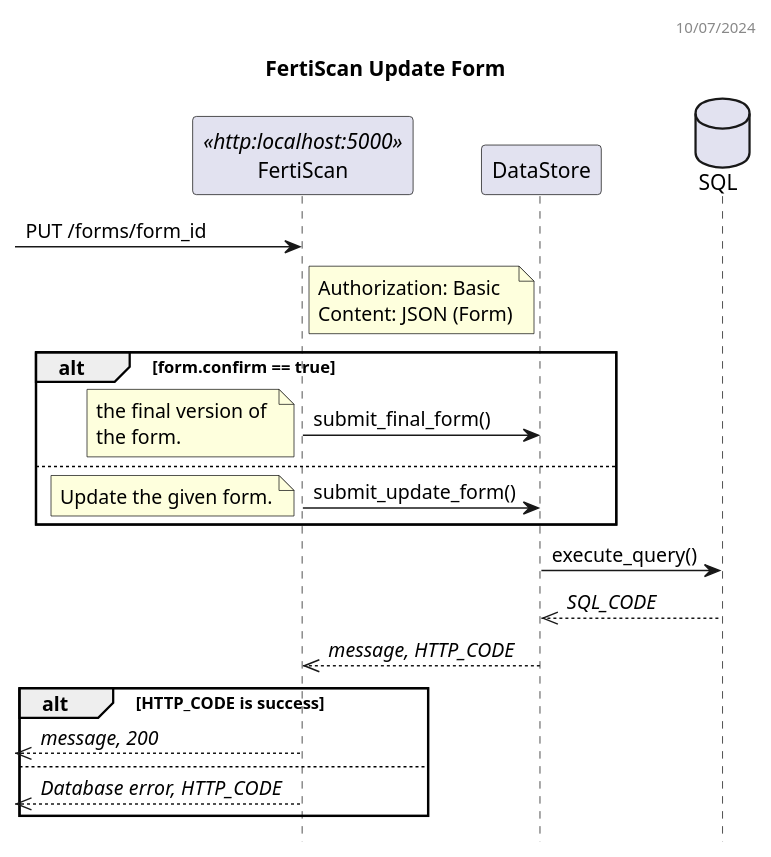
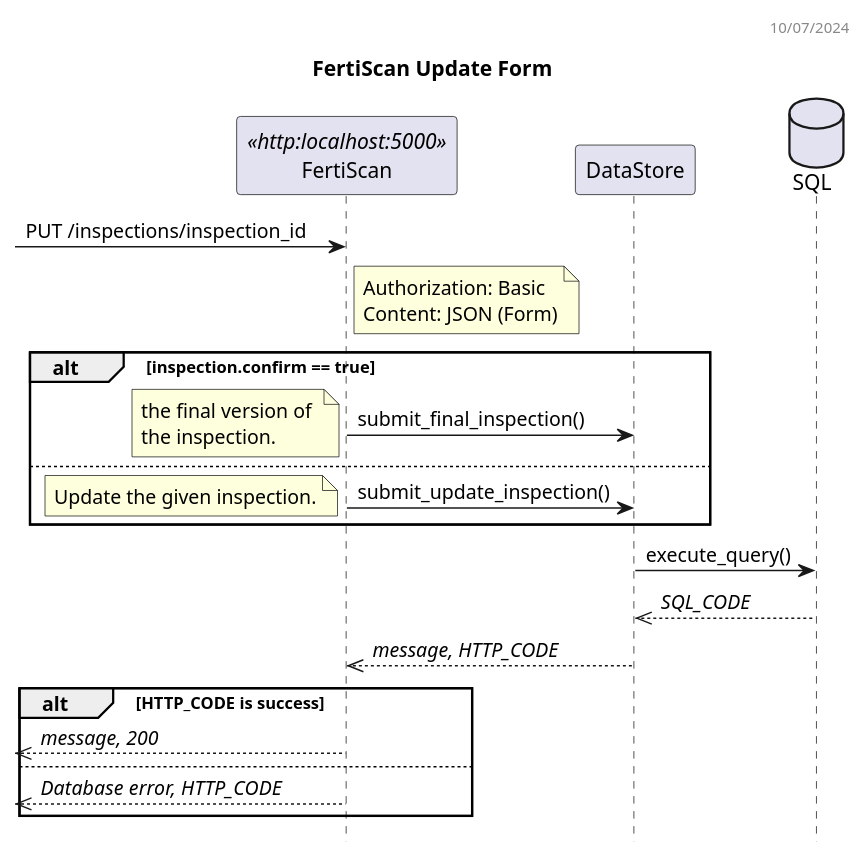
The diagram in docs/plantuml/submit_inspection_dss.puml (ai-cfia/fertiscan-backend), drawn with PlantUML before and after one commit. The commit also changed 13 other files, not shown here.

```diff
--- a/docs/plantuml/submit_inspection_dss.puml
+++ b/docs/plantuml/submit_inspection_dss.puml
@@ -1,38 +1,38 @@
 @startuml FertiScan Sequence Diagram
 header 10/07/2024
 
 title FertiScan Update Form
 hide empty members
 hide footbox
 
 participant FertiScan as BE <<http:localhost:5000>>
 participant DataStore as DS
 database SQL as DB
 
--> BE: PUT /forms/form_id
+-> BE: PUT /inspections/inspection_id
 note right BE
   Authorization: Basic
   Content: JSON (Form)
 end note
-alt form.confirm == true
-  BE -> DS: submit_final_form()
+alt inspection.confirm == true
+  BE -> DS: submit_final_inspection()
   note left
     the final version of 
-    the form.
+    the inspection.
   end note
 else
-  BE -> DS: submit_update_form()
+  BE -> DS: submit_update_inspection()
   note left
-    Update the given form.
+    Update the given inspection.
   end note
 end
 DS -> DB: execute_query()
 DS <<-- DB: //SQL_CODE//
 BE <<-- DS: //message, HTTP_CODE//
 alt HTTP_CODE is success
   <<-- BE: //message, 200//
 else
   <<-- BE: //Database error, HTTP_CODE//
 end
 
 @enduml
```
